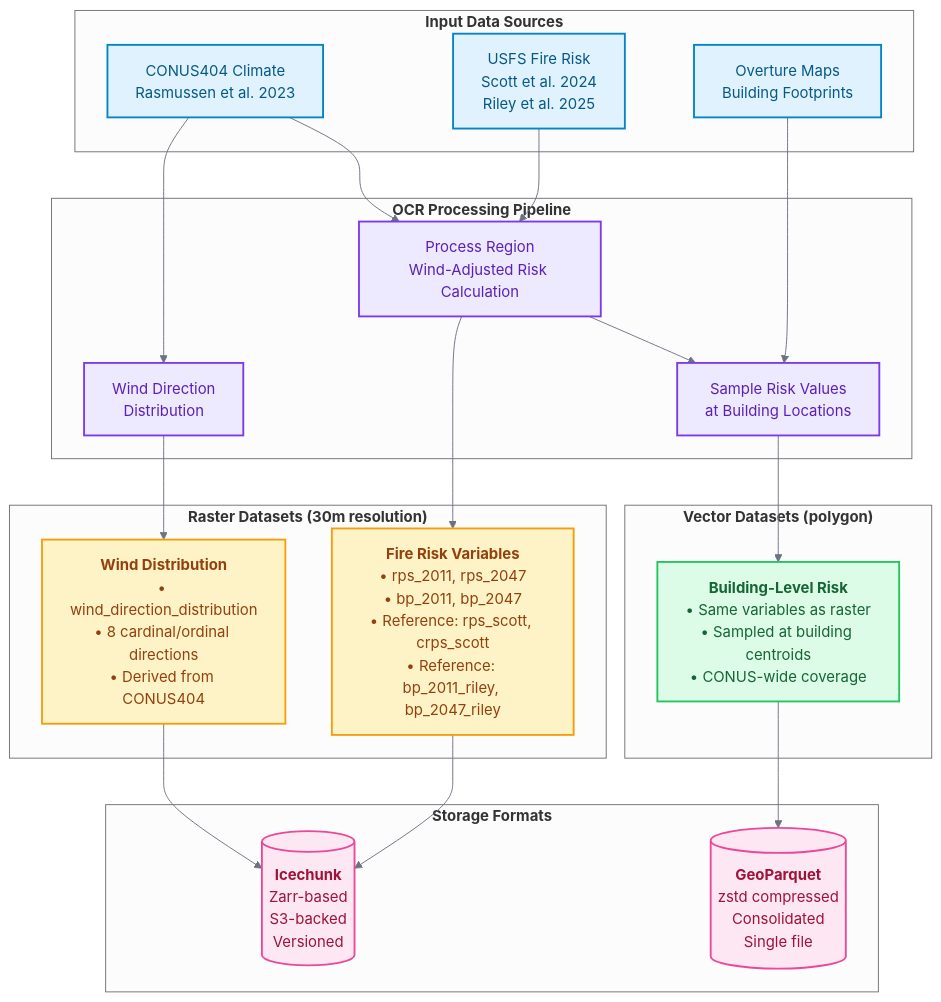
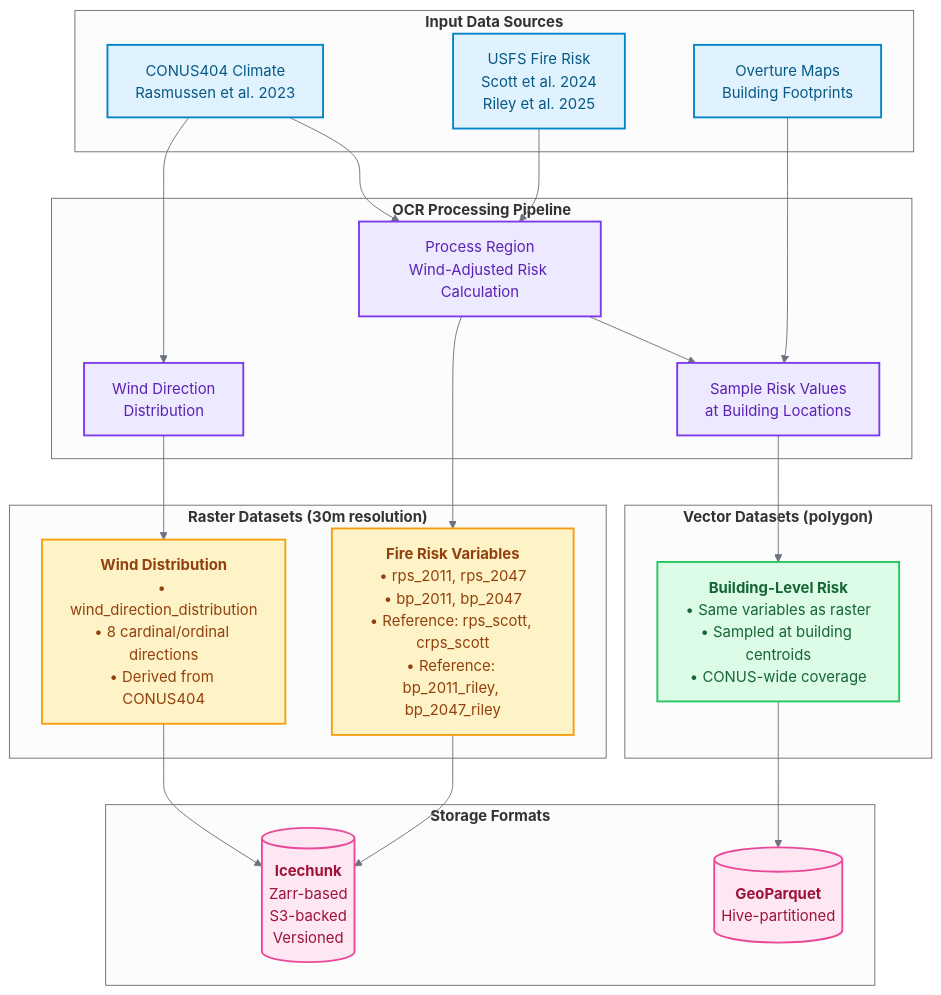
One commit to carbonplan/ocr changed the first of 2 diagrams in docs/reference/data-schema.md. Above: the diagram before and after it, drawn with Mermaid. The commit also changed other lines of this file and 3 other files, not shown here.

````diff
--- a/docs/reference/data-schema.md
+++ b/docs/reference/data-schema.md
@@ -7,62 +7,62 @@
 ```mermaid
 %%{init: {'theme':'neutral', 'themeVariables': {'primaryColor':'#2563eb','primaryTextColor':'#1f2937','primaryBorderColor':'#3b82f6','lineColor':'#6b7280','secondaryColor':'#7c3aed','tertiaryColor':'#10b981','background':'#ffffff','mainBkg':'#f3f4f6','secondBkg':'#e5e7eb','tertiaryBkg':'#d1d5db','primaryTextColor':'#111827','lineColor':'#6b7280','textColor':'#374151','mainContrastColor':'#1f2937','darkMode':false}}}%%
 graph TB
     %% Input Data Sources
     subgraph Inputs["<b>Input Data Sources</b>"]
         USFS[USFS Fire Risk<br/>Scott et al. 2024<br/>Riley et al. 2025]
         CONUS[CONUS404 Climate<br/>Rasmussen et al. 2023]
         Buildings[Overture Maps<br/>Building Footprints]
     end
 
     %% Processing Pipeline
     subgraph Pipeline["<b>OCR Processing Pipeline</b>"]
         ProcessRegion[Process Region<br/>Wind-Adjusted Risk Calculation]
         WindCalc[Wind Direction<br/>Distribution]
         Sample[Sample Risk Values<br/>at Building Locations]
     end
 
     %% Raster Outputs
     subgraph RasterOutputs["<b>Raster Datasets (30m resolution)</b>"]
         RiskLayers["<b>Fire Risk Variables</b><br/>• rps_2011, rps_2047<br/>• bp_2011, bp_2047<br/>• Reference: rps_scott, crps_scott<br/>• Reference: bp_2011_riley, bp_2047_riley"]
         WindDist["<b>Wind Distribution</b><br/>• wind_direction_distribution<br/>• 8 cardinal/ordinal directions<br/>• Derived from CONUS404"]
     end
 
     %% Vector Outputs
     subgraph VectorOutputs["<b>Vector Datasets (polygon)</b>"]
         BuildingRisk["<b>Building-Level Risk</b><br/>• Same variables as raster<br/>• Sampled at building centroids<br/>• CONUS-wide coverage<br/>"]
     end
 
     %% Storage Formats
     subgraph Storage["<b>Storage Formats</b>"]
         Icechunk[("<b>Icechunk</b><br/>Zarr-based<br/>S3-backed<br/>Versioned")]
-        GeoParquet[("<b>GeoParquet</b><br/>zstd compressed<br/>Consolidated<br/>Single file")]
+        GeoParquet[("<b>GeoParquet</b><br/>Hive-partitioned")]
     end
 
     %% Data Flow
     USFS --> ProcessRegion
     CONUS --> ProcessRegion
     CONUS --> WindCalc
     Buildings --> Sample
 
     ProcessRegion --> RiskLayers
     WindCalc --> WindDist
     ProcessRegion --> Sample
 
     RiskLayers --> Icechunk
     WindDist --> Icechunk
     Sample --> BuildingRisk
     BuildingRisk --> GeoParquet
 
     %% Styling
     classDef input fill:#e0f2fe,stroke:#0284c7,stroke-width:2px,color:#075985
     classDef process fill:#ede9fe,stroke:#7c3aed,stroke-width:2px,color:#5b21b6
     classDef raster fill:#fef3c7,stroke:#f59e0b,stroke-width:2px,color:#92400e
     classDef vector fill:#dcfce7,stroke:#22c55e,stroke-width:2px,color:#166534
     classDef storage fill:#fce7f3,stroke:#ec4899,stroke-width:2px,color:#9f1239
 
     class USFS,CONUS,Buildings input
     class ProcessRegion,WindCalc,Sample process
     class RiskLayers,WindDist raster
     class BuildingRisk vector
     class Icechunk,GeoParquet storage
 ```
````
